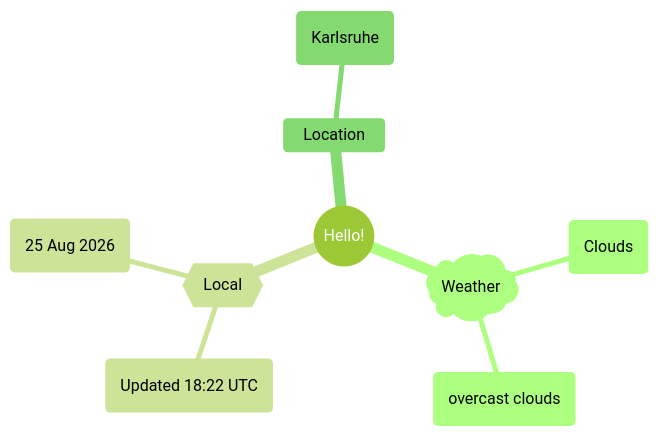
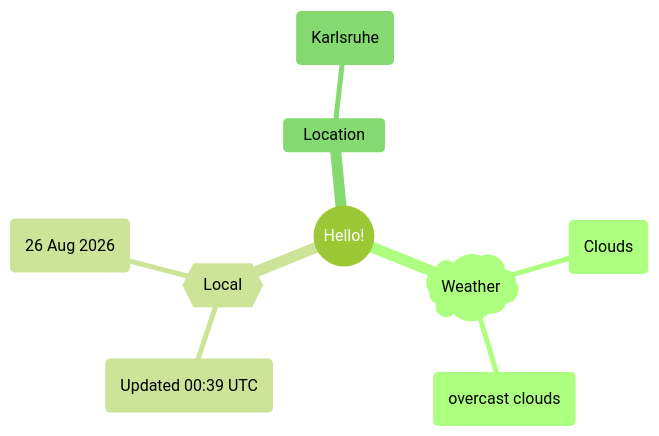
The first of 2 diagrams in README.md (Xosrov/Xosrov), drawn with Mermaid (forest theme) before and after one commit.

Commit message:
[bot] updated images

````diff
--- a/README.md
+++ b/README.md
@@ -3,12 +3,12 @@
 ```mermaid
 mindmap
   root((Hello!))
     )Weather(
         (Clouds)
         (overcast clouds)
     {{Local}}
-        (Updated 18:22 UTC)
-        (25 Aug 2026)
+        (Updated 00:39 UTC)
+        (26 Aug 2026)
     Location
         (Karlsruhe)
 ```
````
